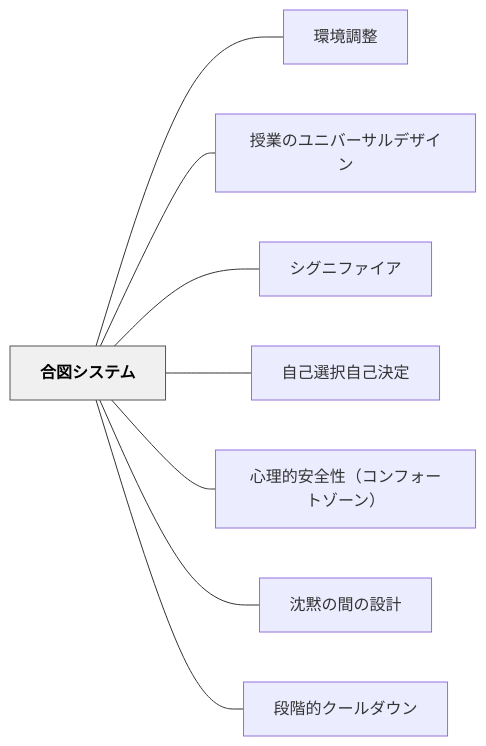
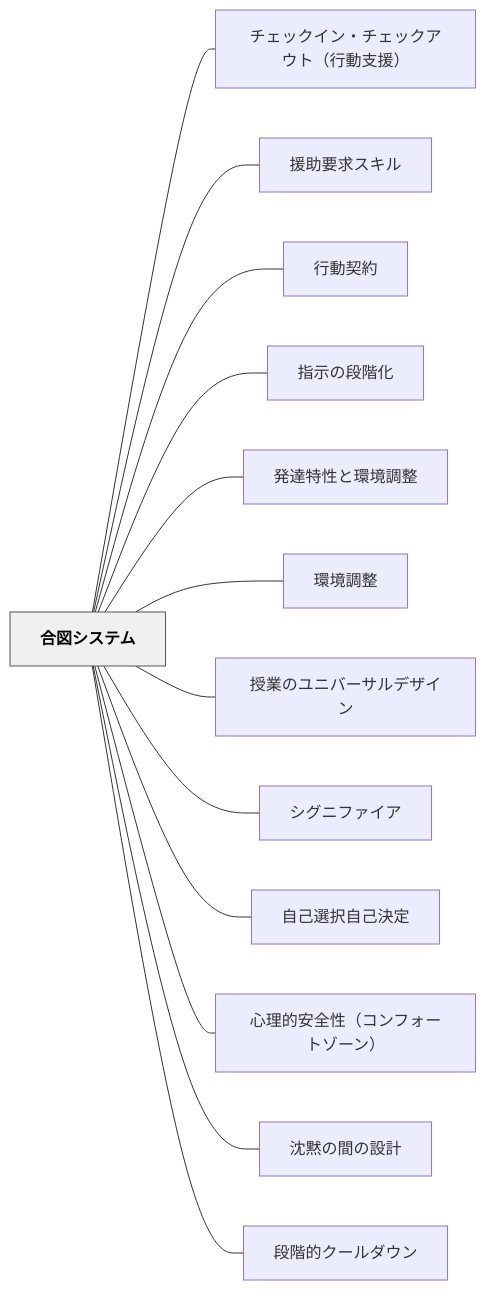
The diagram in content/パタン/合図システム.md (unknownthings-ed-patterns/unknownthings-ed-patterns), drawn with Mermaid before and after one commit. The commit also changed other lines of this file and 473 other files, not shown here.

````diff
--- a/content/パタン/合図システム.md
+++ b/content/パタン/合図システム.md
@@ -108,22 +113,32 @@
 ```mermaid
 flowchart LR
     ne59088e59bb3["合図システム"]
+    ne38381e382a7["チェックイン・チェックアウト（行動支援）"]
+    ne68fb4e58aa9["援助要求スキル"]
+    ne8a18ce58b95["行動契約"]
+    ne68c87e7a4ba["指示の段階化"]
+    ne799bae98194["発達特性と環境調整"]
     ne792b0e5a283["環境調整"]
     ne68e88e6a5ad["授業のユニバーサルデザイン"]
     ne382b7e382b0["シグニファイア"]
     ne887aae5b7b1["自己選択自己決定"]
     ne5bf83e79086["心理的安全性（コンフォートゾーン）"]
     ne6b288e9bb99["沈黙の間の設計"]
     ne6aeb5e99a8e["段階的クールダウン"]
 
+    ne59088e59bb3 --- ne38381e382a7
+    ne59088e59bb3 --- ne68fb4e58aa9
+    ne59088e59bb3 --- ne8a18ce58b95
+    ne59088e59bb3 --- ne68c87e7a4ba
+    ne59088e59bb3 --- ne799bae98194
     ne59088e59bb3 --- ne792b0e5a283
     ne59088e59bb3 --- ne68e88e6a5ad
     ne59088e59bb3 --- ne382b7e382b0
     ne59088e59bb3 --- ne887aae5b7b1
     ne59088e59bb3 --- ne5bf83e79086
     ne59088e59bb3 --- ne6b288e9bb99
     ne59088e59bb3 --- ne6aeb5e99a8e
 
     classDef hub fill:#f0f0f0,stroke:#555,color:#000,font-weight:bold
     class ne59088e59bb3 hub
 ```
````
